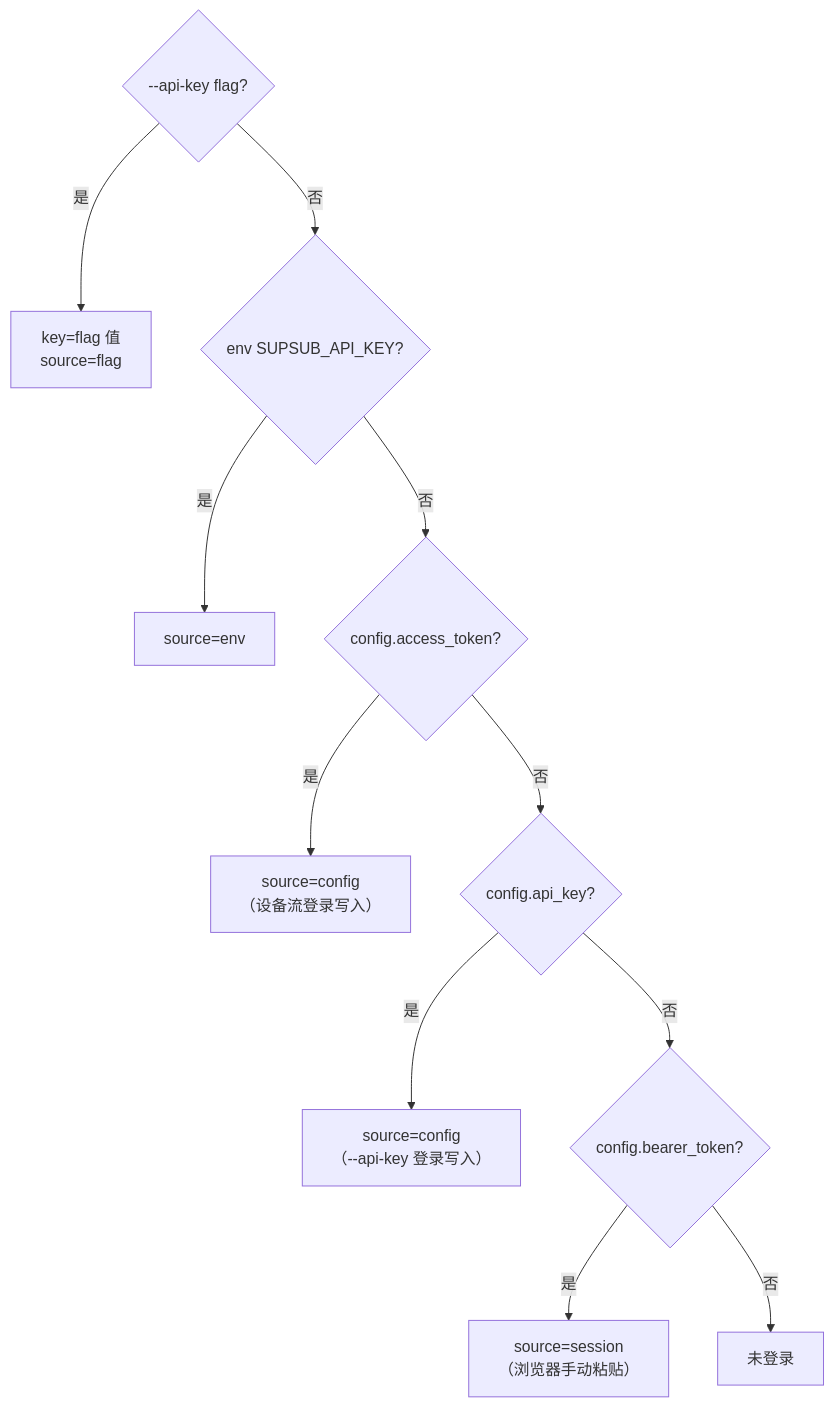
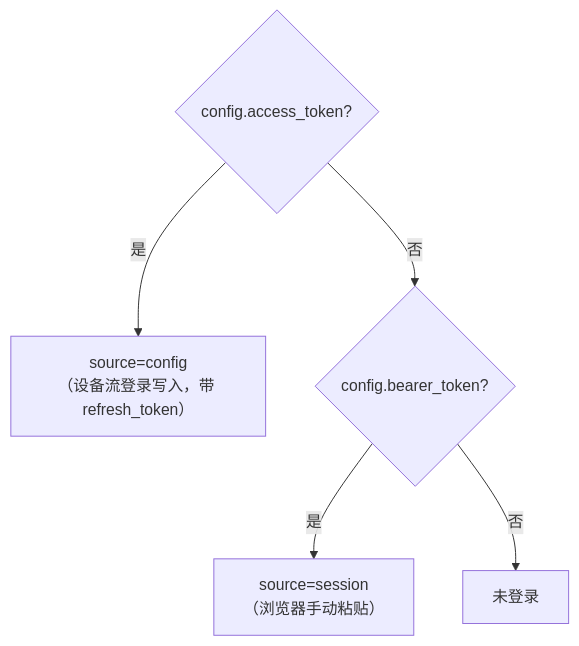
Before and after one commit to SupSub-AI/supsub-cli: the fourth of 6 diagrams in docs/cli-auth-flow.md, drawn with Mermaid. The commit also changed other lines of this file and 42 other files, not shown here.

First line of the commit message:
feat(auth)!: 移除 API Key 鉴权，登录唯一入口收敛为 OAuth 设备授权

````diff
--- a/docs/cli-auth-flow.md
+++ b/docs/cli-auth-flow.md
@@ -102,13 +102,7 @@
 ```mermaid
 flowchart TD
-    A{--api-key flag?} -- 是 --> A1["key=flag 值<br/>source=flag"]
-    A -- 否 --> B{env SUPSUB_API_KEY?}
-    B -- 是 --> B1["source=env"]
-    B -- 否 --> C{config.access_token?}
-    C -- 是 --> C1["source=config<br/>（设备流登录写入）"]
-    C -- 否 --> D{config.api_key?}
-    D -- 是 --> D1["source=config<br/>（--api-key 登录写入）"]
-    D -- 否 --> E{config.bearer_token?}
+    C{config.access_token?} -- 是 --> C1["source=config<br/>（设备流登录写入，带 refresh_token）"]
+    C -- 否 --> E{config.bearer_token?}
     E -- 是 --> E1["source=session<br/>（浏览器手动粘贴）"]
     E -- 否 --> F["未登录"]
 ```
````
